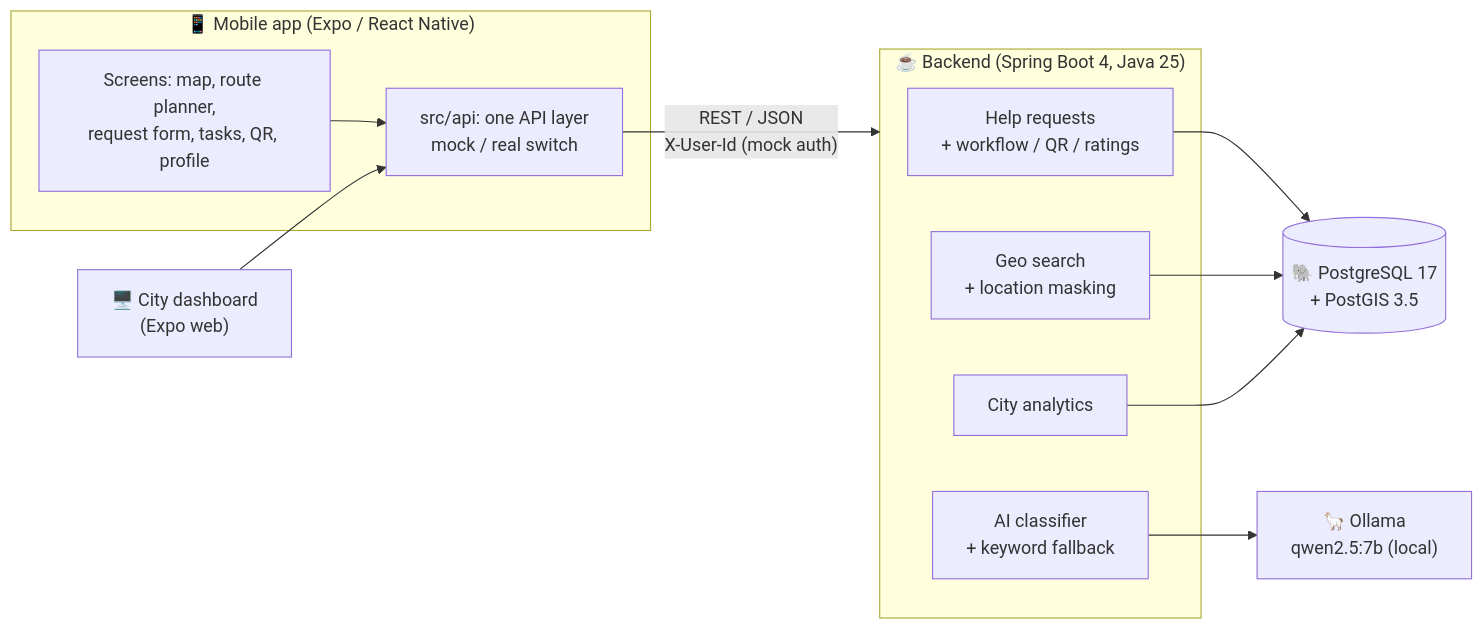
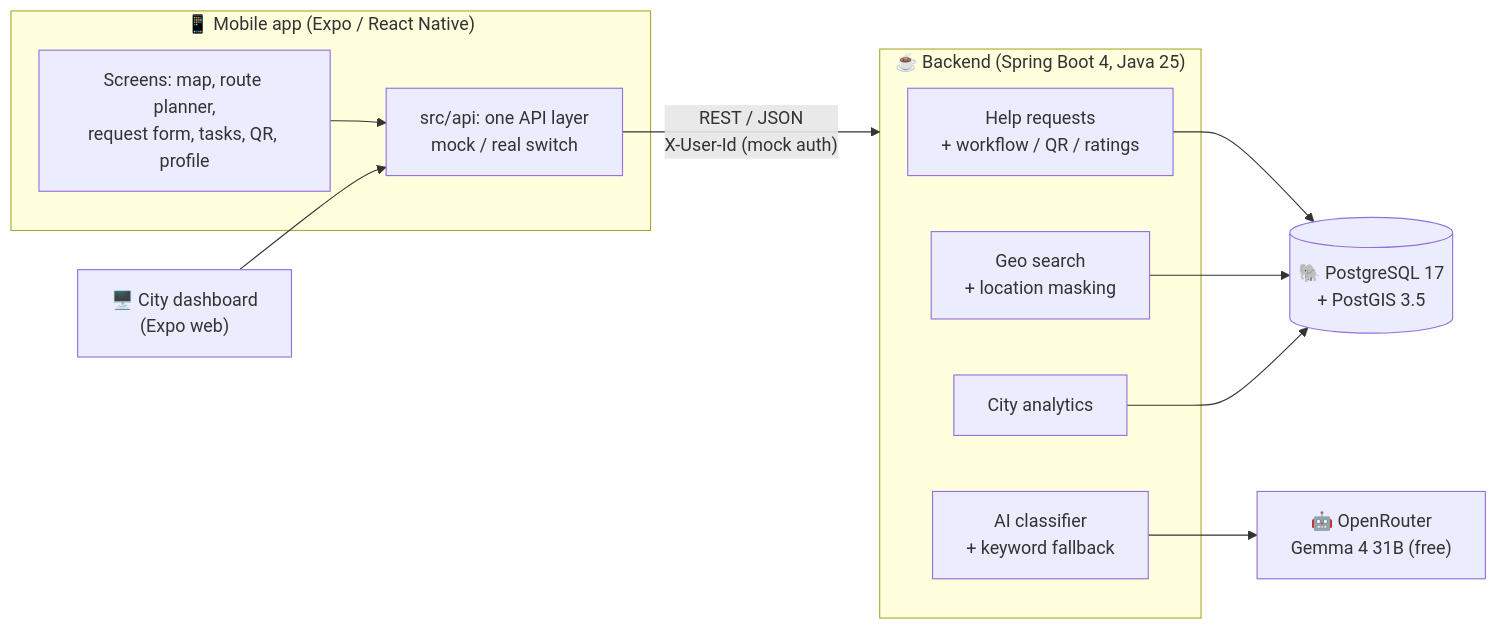
Before and after one commit to Szymek887/hackyeah-2026: the diagram in README.md, drawn with Mermaid. The commit also changed other lines of this file and 14 other files, not shown here.

First line of the commit message:
feat(ai): use OpenRouter free models instead of local Ollama

````diff
--- a/README.md
+++ b/README.md
@@ -45,23 +45,23 @@
 ```mermaid
 flowchart LR
     subgraph Mobile["📱 Mobile app (Expo / React Native)"]
         UI[Screens: map, route planner,<br/>request form, tasks, QR, profile]
         API[src/api: one API layer<br/>mock / real switch]
         UI --> API
     end
     Web["🖥️ City dashboard<br/>(Expo web)"] --> API
 
     API -- "REST / JSON<br/>X-User-Id (mock auth)" --> BE
 
     subgraph BE["☕ Backend (Spring Boot 4, Java 25)"]
         HR[Help requests<br/>+ workflow / QR / ratings]
         GEO[Geo search<br/>+ location masking]
         AI[AI classifier<br/>+ keyword fallback]
         AN[City analytics]
     end
 
     HR --> DB[("🐘 PostgreSQL 17<br/>+ PostGIS 3.5")]
     GEO --> DB
     AN --> DB
-    AI --> LLM["🦙 Ollama<br/>qwen2.5:7b (local)"]
+    AI --> LLM["🤖 OpenRouter<br/>Gemma 4 31B (free)"]
 ```
````
